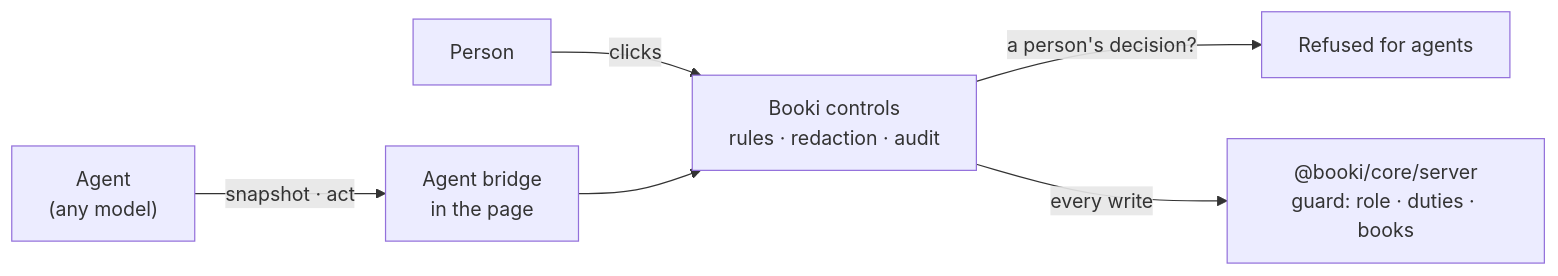
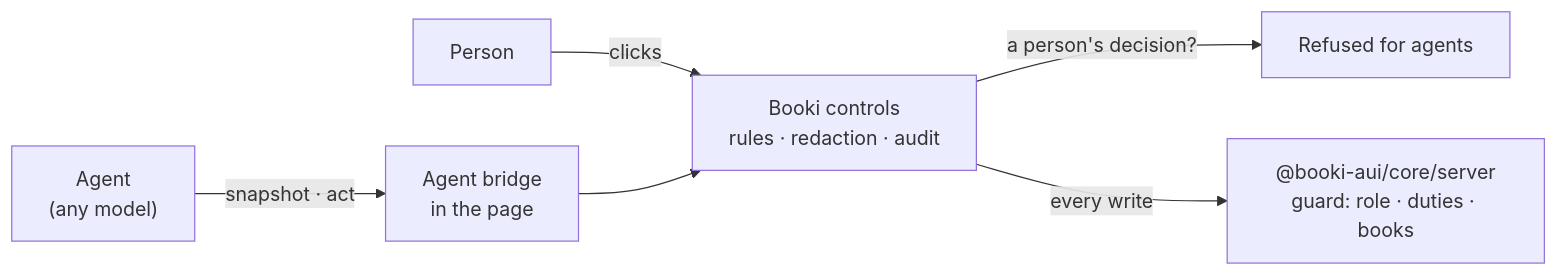
The diagram in README.md (Walgermo/booki), drawn with Mermaid before and after one commit. The commit also changed other lines of this file and 474 other files, not shown here.

First line of the commit message:
Rename the packages to @booki-aui/* and make them ready for npm

````diff
--- a/README.md
+++ b/README.md
@@ -93,8 +93,8 @@
 ```mermaid
 flowchart LR
   agent["Agent<br/>(any model)"] -- "snapshot · act" --> bridge["Agent bridge<br/>in the page"]
   person["Person"] -- clicks --> controls
   bridge --> controls["Booki controls<br/>rules · redaction · audit"]
   controls -- "a person's decision?" --> stop["Refused for agents"]
-  controls -- "every write" --> server["@booki/core/server<br/>guard: role · duties · books"]
+  controls -- "every write" --> server["@booki-aui/core/server<br/>guard: role · duties · books"]
 ```
````
